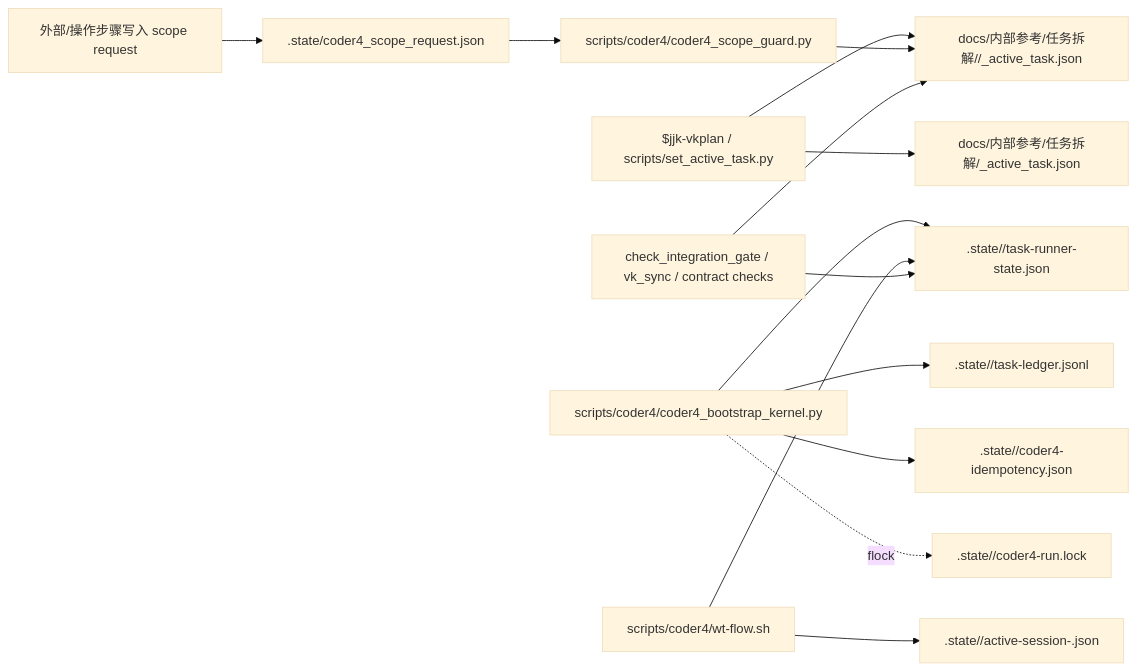
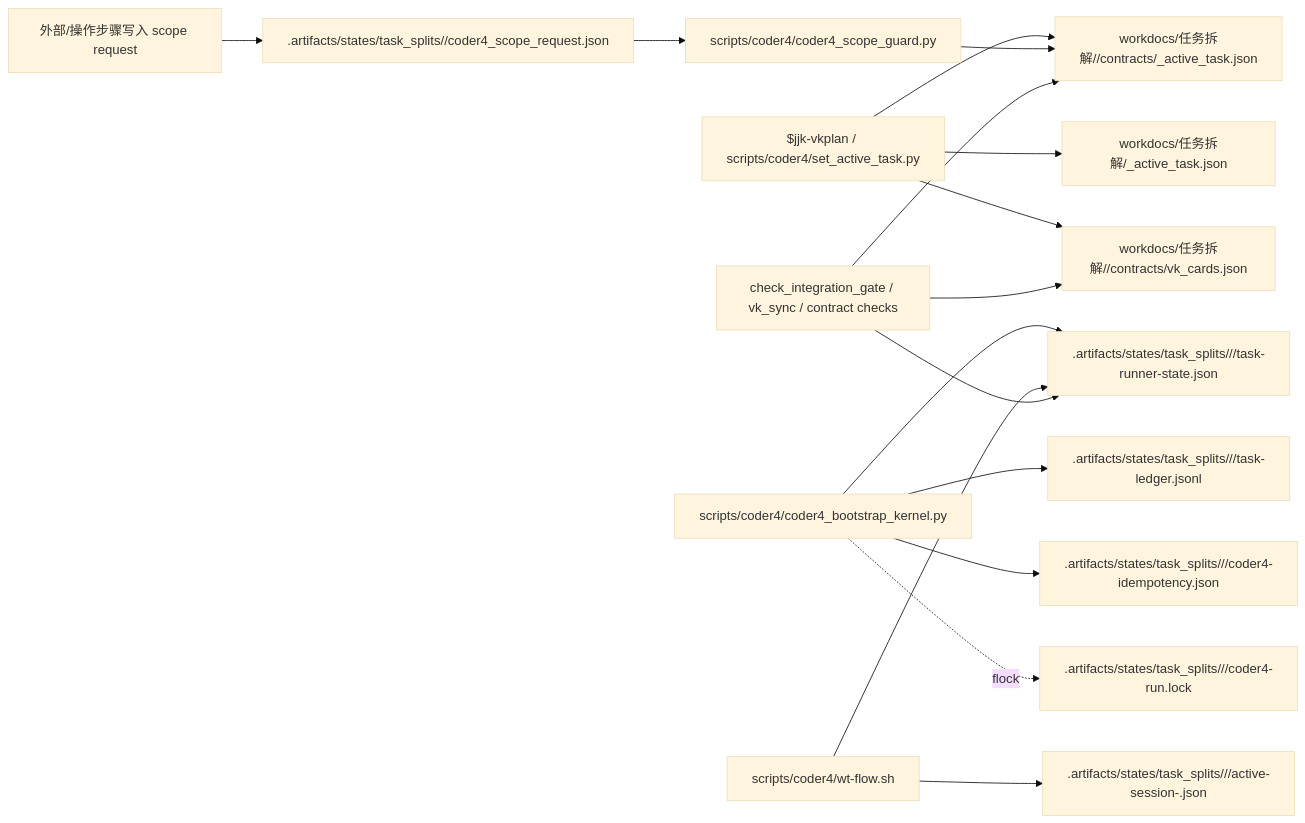
The fifth of 7 diagrams in docs/开发文档/工作流/指令用法_实现方式_工程流全景手册.md (jijingkun-commits/fastapi), drawn with Mermaid (base theme) before and after one commit. The commit also changed other lines of this file and 285 other files, not shown here.

Commit message:
refactor(docs): land task split phase2 layering

````diff
--- a/docs/开发文档/工作流/指令用法_实现方式_工程流全景手册.md
+++ b/docs/开发文档/工作流/指令用法_实现方式_工程流全景手册.md
@@ -602,16 +614,18 @@
 ```mermaid
 flowchart LR
-    A["$jjk-vkplan / scripts/set_active_task.py"] --> B["docs/内部参考/任务拆解/_active_task.json"]
-    A --> C["docs/内部参考/任务拆解/<task_split_dir>/_active_task.json"]
-    D["外部/操作步骤写入 scope request"] --> E[".state/coder4_scope_request.json"]
-    E --> F["scripts/coder4/coder4_scope_guard.py"]
-    F --> C
-    G["scripts/coder4/coder4_bootstrap_kernel.py"] --> H[".state/<task_key>/task-runner-state.json"]
-    G --> I[".state/<task_key>/task-ledger.jsonl"]
-    G --> J[".state/<task_key>/coder4-idempotency.json"]
-    G -. "flock" .-> K[".state/<task_key>/coder4-run.lock"]
-    L["scripts/coder4/wt-flow.sh"] --> H
-    L --> M[".state/<task_key>/active-session-<session_id>.json"]
-    N["check_integration_gate / vk_sync / contract checks"] --> H
-    N --> C
+    A["$jjk-vkplan / scripts/coder4/set_active_task.py"] --> B["workdocs/任务拆解/_active_task.json"]
+    A --> C["workdocs/任务拆解/<task_split_dir>/contracts/_active_task.json"]
+    A --> D["workdocs/任务拆解/<task_split_dir>/contracts/vk_cards.json"]
+    E["外部/操作步骤写入 scope request"] --> F[".artifacts/states/task_splits/<task_split_dir>/coder4_scope_request.json"]
+    F --> G["scripts/coder4/coder4_scope_guard.py"]
+    G --> C
+    H["scripts/coder4/coder4_bootstrap_kernel.py"] --> I[".artifacts/states/task_splits/<task_split_dir>/<task_key>/task-runner-state.json"]
+    H --> J[".artifacts/states/task_splits/<task_split_dir>/<task_key>/task-ledger.jsonl"]
+    H --> K[".artifacts/states/task_splits/<task_split_dir>/<task_key>/coder4-idempotency.json"]
+    H -. "flock" .-> L[".artifacts/states/task_splits/<task_split_dir>/<task_key>/coder4-run.lock"]
+    M["scripts/coder4/wt-flow.sh"] --> I
+    M --> N[".artifacts/states/task_splits/<task_split_dir>/<task_key>/active-session-<session_id>.json"]
+    O["check_integration_gate / vk_sync / contract checks"] --> I
+    O --> C
+    O --> D
 ```
````
